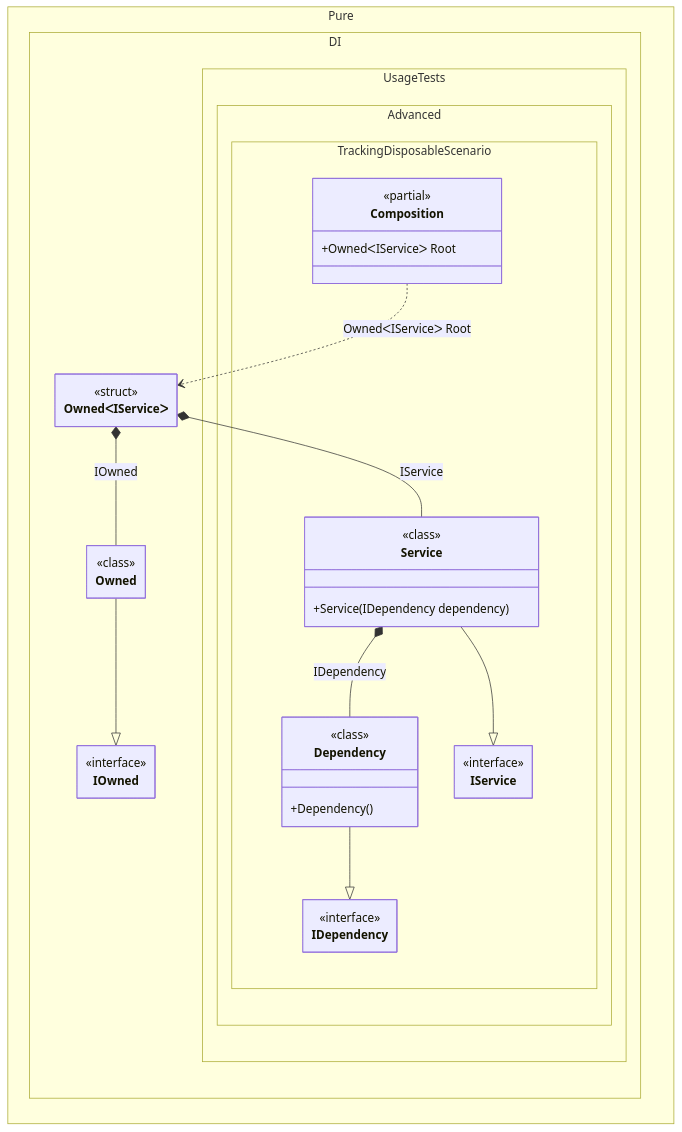
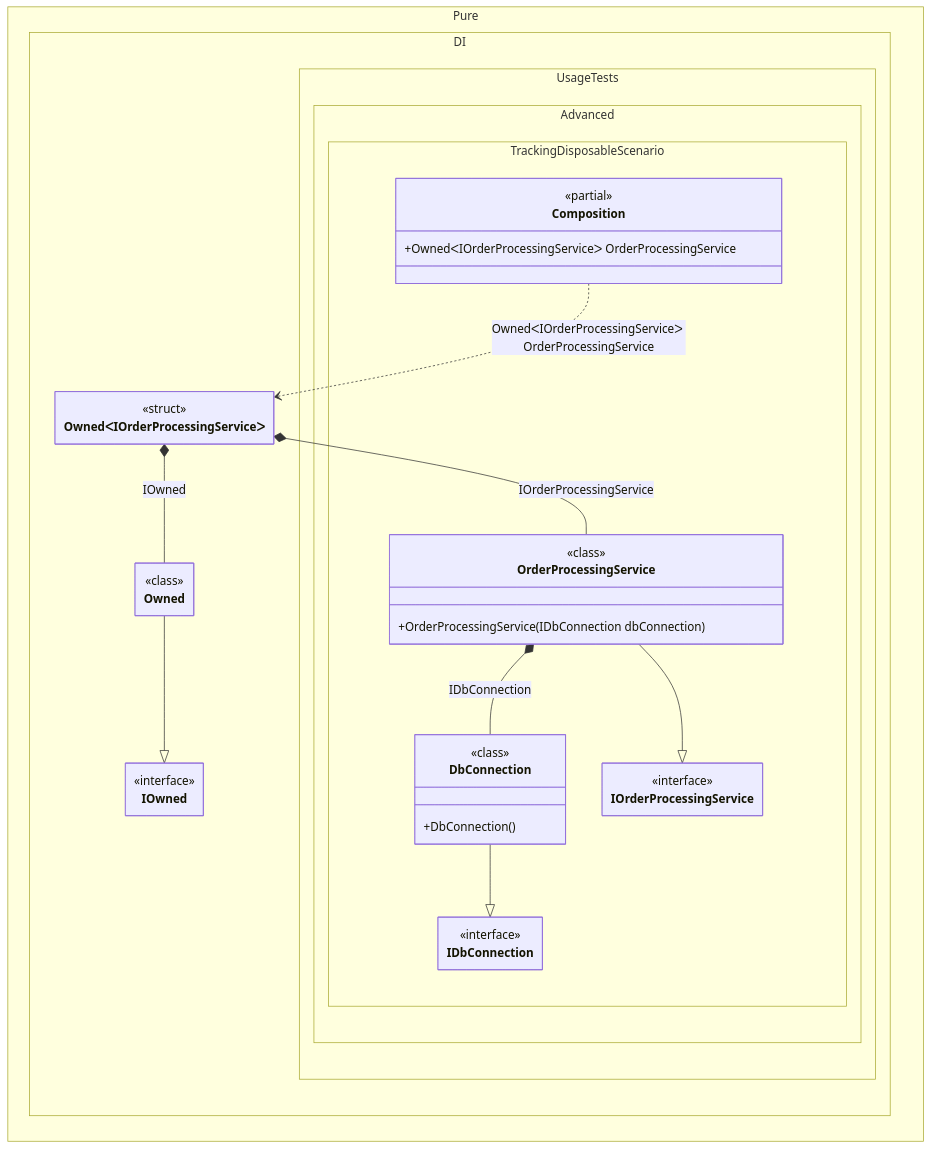
One commit to DevTeam/Pure.DI changed the diagram in readme/tracking-disposable-instances-per-a-composition-root.md. Above: the diagram before and after it, drawn with Mermaid. The commit also changed other lines of this file and 126 other files, not shown here.

````diff
--- a/readme/tracking-disposable-instances-per-a-composition-root.md
+++ b/readme/tracking-disposable-instances-per-a-composition-root.md
@@ -155,48 +155,48 @@
 ```mermaid
 ---
  config:
   maxTextSize: 2147483647
   maxEdges: 2147483647
   class:
    hideEmptyMembersBox: true
 ---
 classDiagram
 	Owned --|> IOwned
-	Dependency --|> IDependency
-	Service --|> IService
-	Composition ..> OwnedᐸIServiceᐳ : OwnedᐸIServiceᐳ Root
-	Service *--  Dependency : IDependency
-	OwnedᐸIServiceᐳ *--  Owned : IOwned
-	OwnedᐸIServiceᐳ *--  Service : IService
+	DbConnection --|> IDbConnection
+	OrderProcessingService --|> IOrderProcessingService
+	Composition ..> OwnedᐸIOrderProcessingServiceᐳ : OwnedᐸIOrderProcessingServiceᐳ OrderProcessingService
+	OrderProcessingService *--  DbConnection : IDbConnection
+	OwnedᐸIOrderProcessingServiceᐳ *--  Owned : IOwned
+	OwnedᐸIOrderProcessingServiceᐳ *--  OrderProcessingService : IOrderProcessingService
 	namespace Pure.DI {
 		class IOwned {
 			<<interface>>
 		}
 		class Owned {
 				<<class>>
 		}
-		class OwnedᐸIServiceᐳ {
+		class OwnedᐸIOrderProcessingServiceᐳ {
 				<<struct>>
 		}
 	}
 	namespace Pure.DI.UsageTests.Advanced.TrackingDisposableScenario {
 		class Composition {
 		<<partial>>
-		+OwnedᐸIServiceᐳ Root
+		+OwnedᐸIOrderProcessingServiceᐳ OrderProcessingService
 		}
-		class Dependency {
+		class DbConnection {
 				<<class>>
-			+Dependency()
+			+DbConnection()
 		}
-		class IDependency {
+		class IDbConnection {
 			<<interface>>
 		}
-		class IService {
+		class IOrderProcessingService {
 			<<interface>>
 		}
-		class Service {
+		class OrderProcessingService {
 				<<class>>
-			+Service(IDependency dependency)
+			+OrderProcessingService(IDbConnection dbConnection)
 		}
 	}
 ```
````
